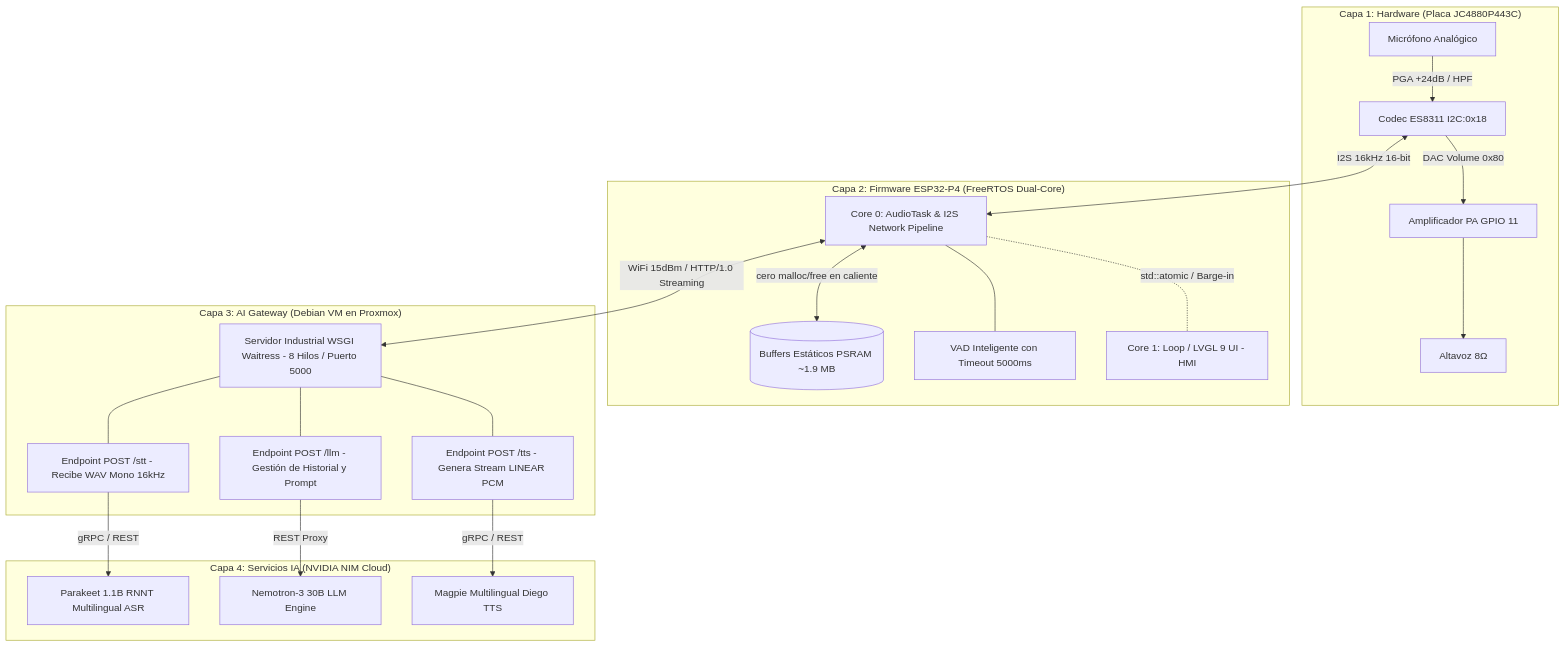
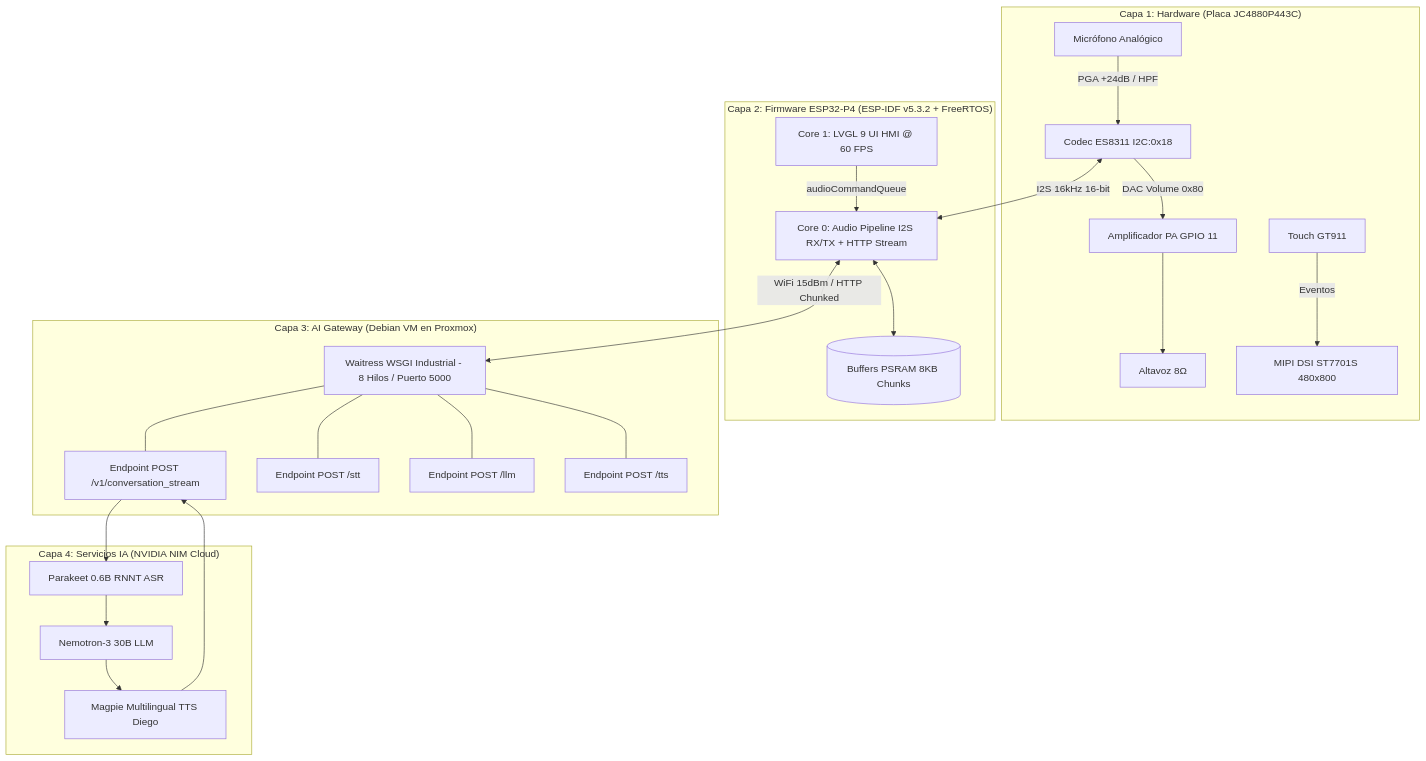
The diagram in README.md (abludomotica-hue/AsistenteAI), drawn with Mermaid before and after one commit. The commit also changed other lines of this file and 74 other files, not shown here.

Commit message:
feat(arch): migracion canónica a ESP-IDF v5.3.2 LTS y FreeRTOS dual-core

````diff
--- a/README.md
+++ b/README.md
@@ -16,37 +28,35 @@
 ```mermaid
 flowchart TD
     subgraph Capa1_Hardware ["Capa 1: Hardware (Placa JC4880P443C)"]
         MIC[Micrófono Analógico] -->|PGA +24dB / HPF| ES[Codec ES8311 I2C:0x18]
         ES -->|DAC Volume 0x80| AMP[Amplificador PA GPIO 11] --> SPK[Altavoz 8Ω]
+        TOUCH[Touch GT911] -->|Eventos| LCD[MIPI DSI ST7701S 480x800]
     end
 
-    subgraph Capa2_Firmware ["Capa 2: Firmware ESP32-P4 (FreeRTOS Dual-Core)"]
-        C0[Core 0: AudioTask & I2S Network Pipeline]
-        PSRAM[(Buffers Estáticos PSRAM ~1.9 MB)]
-        VAD[VAD Inteligente con Timeout 5000ms]
-        C0 <-->|cero malloc/free en caliente| PSRAM
-        C0 --- VAD
-        C1[Core 1: Loop / LVGL 9 UI - HMI]
-        C0 -.-|std::atomic / Barge-in| C1
+    subgraph Capa2_Firmware ["Capa 2: Firmware ESP32-P4 (ESP-IDF v5.3.2 + FreeRTOS)"]
+        C0[Core 0: Audio Pipeline I2S RX/TX + HTTP Stream]
+        PSRAM[(Buffers PSRAM 8KB Chunks)]
+        C0 <--> PSRAM
+        C1[Core 1: LVGL 9 UI HMI @ 60 FPS]
+        C1 -->|audioCommandQueue| C0
     end
 
     subgraph Capa3_Gateway ["Capa 3: AI Gateway (Debian VM en Proxmox)"]
-        W[Servidor Industrial WSGI Waitress - 8 Hilos / Puerto 5000]
-        STT_E[Endpoint POST /stt - Recibe WAV Mono 16kHz]
-        LLM_E[Endpoint POST /llm - Gestión de Historial y Prompt]
-        TTS_E[Endpoint POST /tts - Genera Stream LINEAR PCM]
-        W --- STT_E & LLM_E & TTS_E
+        W[Waitress WSGI Industrial - 8 Hilos / Puerto 5000]
+        STR_E[Endpoint POST /v1/conversation_stream]
+        STT_E[Endpoint POST /stt]
+        LLM_E[Endpoint POST /llm]
+        TTS_E[Endpoint POST /tts]
+        W --- STR_E & STT_E & LLM_E & TTS_E
     end
 
     subgraph Capa4_Cloud ["Capa 4: Servicios IA (NVIDIA NIM Cloud)"]
-        ASR[Parakeet 1.1B RNNT Multilingual ASR]
-        LLM[Nemotron-3 30B LLM Engine]
-        TTS[Magpie Multilingual Diego TTS]
+        ASR[Parakeet 0.6B RNNT ASR]
+        LLM[Nemotron-3 30B LLM]
+        TTS[Magpie Multilingual TTS Diego]
     end
 
     ES <-->|I2S 16kHz 16-bit| C0
-    C0 <-->|WiFi 15dBm / HTTP/1.0 Streaming| W
-    STT_E -->|gRPC / REST| ASR
-    LLM_E -->|REST Proxy| LLM
-    TTS_E -->|gRPC / REST| TTS
+    C0 <-->|WiFi 15dBm / HTTP Chunked| W
+    STR_E --> ASR --> LLM --> TTS --> STR_E
 ```
````
